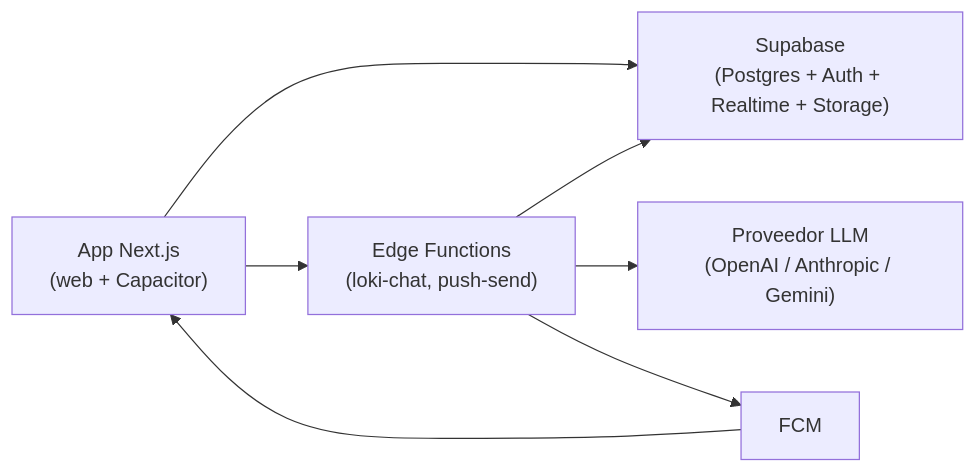
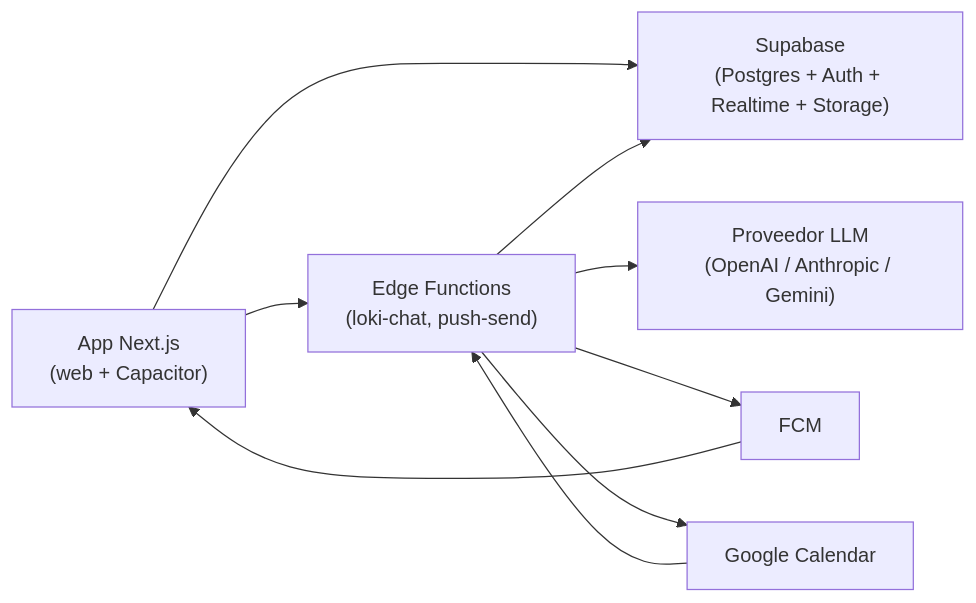
The diagram in docs/DEPLOY.md (manuelolivaplaza-jpg/loki), drawn with Mermaid before and after one commit. The commit also changed other lines of this file and 13 other files, not shown here.

Commit message:
Google Calendar bidireccional: OAuth, sync pull/push y seccion en Configuracion

````diff
--- a/docs/DEPLOY.md
+++ b/docs/DEPLOY.md
@@ -7,9 +7,11 @@
 ```mermaid
 flowchart LR
     App["App Next.js\n(web + Capacitor)"] --> SB["Supabase\n(Postgres + Auth + Realtime + Storage)"]
     App --> Edge["Edge Functions\n(loki-chat, push-send)"]
     Edge --> SB
     Edge --> LLM["Proveedor LLM\n(OpenAI / Anthropic / Gemini)"]
     Edge --> FCM["FCM"]
+    Edge --> GCal["Google Calendar"]
+    GCal --> Edge
     FCM --> App
 ```
````
